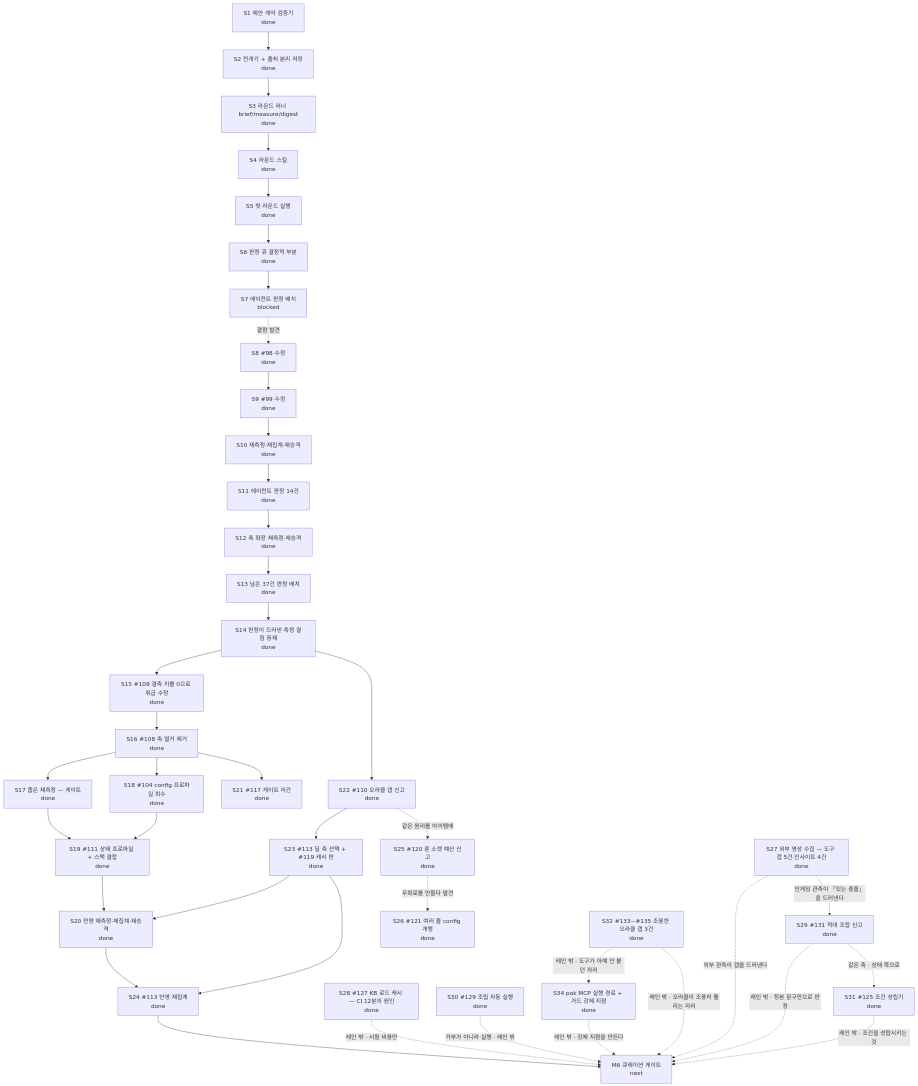
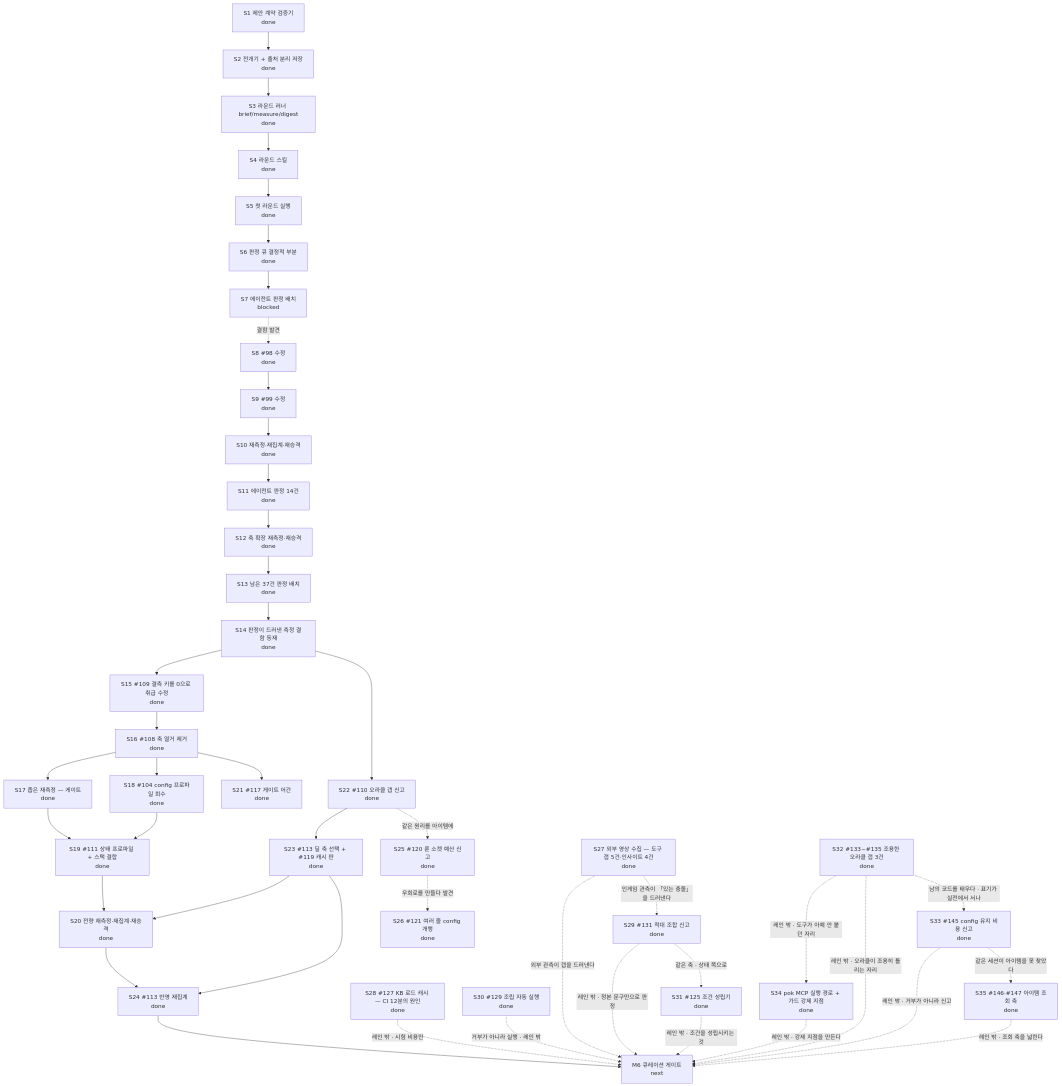
Before and after one commit to skerfolg/poe2-ai-wiki: the diagram in docs/CURRENT-PLAN.md, drawn with Mermaid. The commit also changed other lines of this file and 10 other files, not shown here.

````diff
--- a/docs/CURRENT-PLAN.md
+++ b/docs/CURRENT-PLAN.md
@@ -23,59 +23,65 @@
 ```mermaid
 flowchart TD
   CONTRACT[S1 제안 계약 검증기<br/>done]
   FLOW[S2 전개기 + 출처 분리 저장<br/>done]
   ROUND[S3 라운드 러너 brief/measure/digest<br/>done]
   SKILL[S4 라운드 스킬<br/>done]
   FIRST[S5 첫 라운드 실행<br/>done]
   NECESS[S6 판정 큐 결정적 부분<br/>done]
   JUDGE[S7 에이전트 판정 배치<br/>blocked]
   FIX[S8 #98 수정<br/>done]
   REMEAS[S9 #99 수정<br/>done]
   REAGG[S10 재측정·재집계·재승격<br/>done]
   RESUME[S11 에이전트 판정 14건<br/>done]
   AXES[S12 축 확장 재측정·재승격<br/>done]
   NEXT2[S13 남은 37건 판정 배치<br/>done]
   DEF[S14 판정이 드러낸 측정 결함 등재<br/>done]
   FIXDELTA[S15 #109 결측 키를 0으로 취급 수정<br/>done]
   WIDEN[S16 #108 축 열거 제거<br/>done]
   NARROW[S17 좁은 재측정 — 게이트<br/>done]
   CFG[S18 #104 config 프로파일 회수<br/>done]
   CPL[S19 #111 상태 프로파일 + 스택 결합<br/>done]
   FULL[S20 전량 재측정·재집계·재승격<br/>done]
   STEM[S21 #117 게이트 어간<br/>done]
   ORACLE[S22 #110 오라클 갭 신고<br/>done]
   AXIS[S23 #113 딜 축 선택 + #119 캐시 판<br/>done]
   REAGG2[S24 #113 반영 재집계<br/>done]
   SOCKET[S25 #120 룬 소켓 예산 신고<br/>done]
   ATTR[S26 #121 여러 줄 config 개행<br/>done]
   EXT[S27 외부 영상 수집 — 도구 갭 5건·인사이트 4건<br/>done]
   CI[S28 #127 KB 로드 캐시 — CI 12분의 원인<br/>done]
   ANTAG[S29 #131 적대 조합 신고<br/>done]
   FILL[S30 #129 조립 자동 실행<br/>done]
   ENAB[S31 #125 조건 성립기<br/>done]
   SILENT[S32 #133~#135 조용한 오라클 갭 3건<br/>done]
+  UPKEEP[S33 #145 config 유지 비용 신고<br/>done]
   MCPFIX[S34 pok MCP 실행 경로 + 가드 강제 지점<br/>done]
+  ITEMQ[S35 #146·#147 아이템 조회 축<br/>done]
   M6[M6 큐레이션 게이트<br/>next]
   CONTRACT --> FLOW --> ROUND --> SKILL --> FIRST --> NECESS --> JUDGE
   JUDGE -. 결함 발견 .-> FIX --> REMEAS --> REAGG --> RESUME --> AXES --> NEXT2
   NEXT2 --> DEF --> FIXDELTA --> WIDEN --> NARROW --> CPL --> FULL
   WIDEN --> CFG --> CPL
   WIDEN --> STEM
   DEF --> ORACLE
   ORACLE --> AXIS --> FULL
   FULL --> REAGG2
   AXIS --> REAGG2
   REAGG2 --> M6
   ORACLE -. 같은 원리를 아이템에 .-> SOCKET
   SOCKET -. 우회로를 만들다 발견 .-> ATTR
   EXT -. 외부 관측이 갭을 드러낸다 .-> M6
   CI -. 레인 밖 · 시험 비용만 .-> M6
   EXT -. 인게임 관측이 「있는 충돌」을 드러낸다 .-> ANTAG
   ANTAG -. 레인 밖 · 정본 문구만으로 판정 .-> M6
   FILL -. 거부가 아니라 실행 · 레인 밖 .-> M6
   ANTAG -. 같은 축 · 상태 쪽으로 .-> ENAB
   ENAB -. 레인 밖 · 조건을 성립시키는 것 .-> M6
   SILENT -. 레인 밖 · 도구가 아예 안 붙던 자리 .-> MCPFIX
   MCPFIX -. 레인 밖 · 강제 지점을 만든다 .-> M6
   SILENT -. 레인 밖 · 오라클이 조용히 틀리는 자리 .-> M6
+  SILENT -. 남의 코드를 태우다 · 표기가 실전에서 서나 .-> UPKEEP
+  UPKEEP -. 레인 밖 · 거부가 아니라 신고 .-> M6
+  UPKEEP -. 같은 세션이 아이템을 못 찾았다 .-> ITEMQ
+  ITEMQ -. 레인 밖 · 조회 축을 넓힌다 .-> M6
 ```
````
